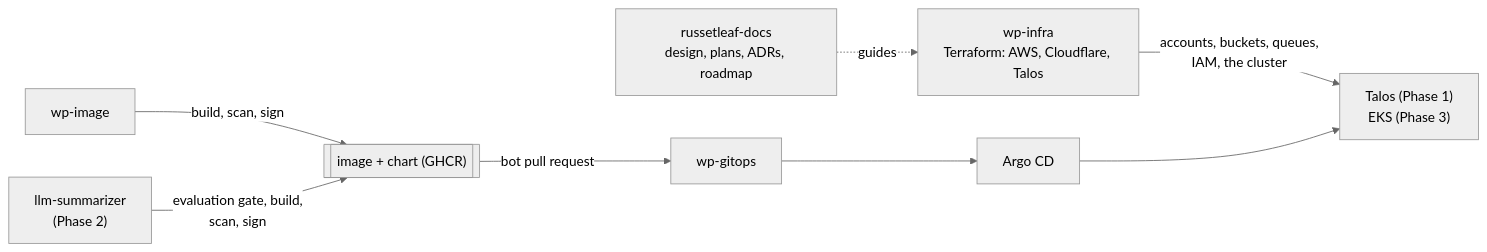
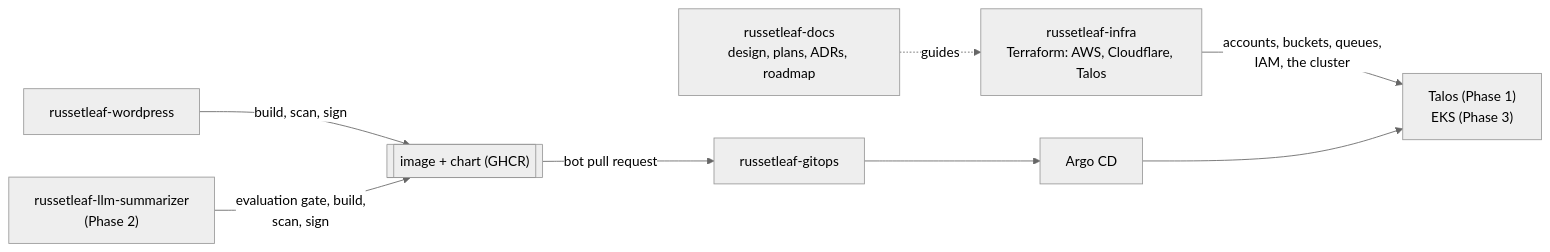
Before and after one commit to russetleaf/russetleaf-docs: the third of 3 diagrams in docs/overview.md, drawn with Mermaid (neutral theme). The commit also changed other lines of this file and 31 other files, not shown here.

````diff
--- a/docs/overview.md
+++ b/docs/overview.md
@@ -292,9 +292,9 @@
 ```mermaid
 flowchart LR
   docs["russetleaf-docs<br/>design, plans, ADRs, roadmap"] -.->|"guides"| infra
-  infra["wp-infra<br/>Terraform: AWS, Cloudflare, Talos"] -->|"accounts, buckets, queues,<br/>IAM, the cluster"| clusters
-  image["wp-image"] -->|"build, scan, sign"| img[["image + chart (GHCR)"]]
-  llm["llm-summarizer<br/>(Phase 2)"] -->|"evaluation gate, build,<br/>scan, sign"| img
-  img -->|"bot pull request"| gitops["wp-gitops"]
+  infra["russetleaf-infra<br/>Terraform: AWS, Cloudflare, Talos"] -->|"accounts, buckets, queues,<br/>IAM, the cluster"| clusters
+  image["russetleaf-wordpress"] -->|"build, scan, sign"| img[["image + chart (GHCR)"]]
+  llm["russetleaf-llm-summarizer<br/>(Phase 2)"] -->|"evaluation gate, build,<br/>scan, sign"| img
+  img -->|"bot pull request"| gitops["russetleaf-gitops"]
   gitops --> argo["Argo CD"] --> clusters["Talos (Phase 1)<br/>EKS (Phase 3)"]
 ```
````
